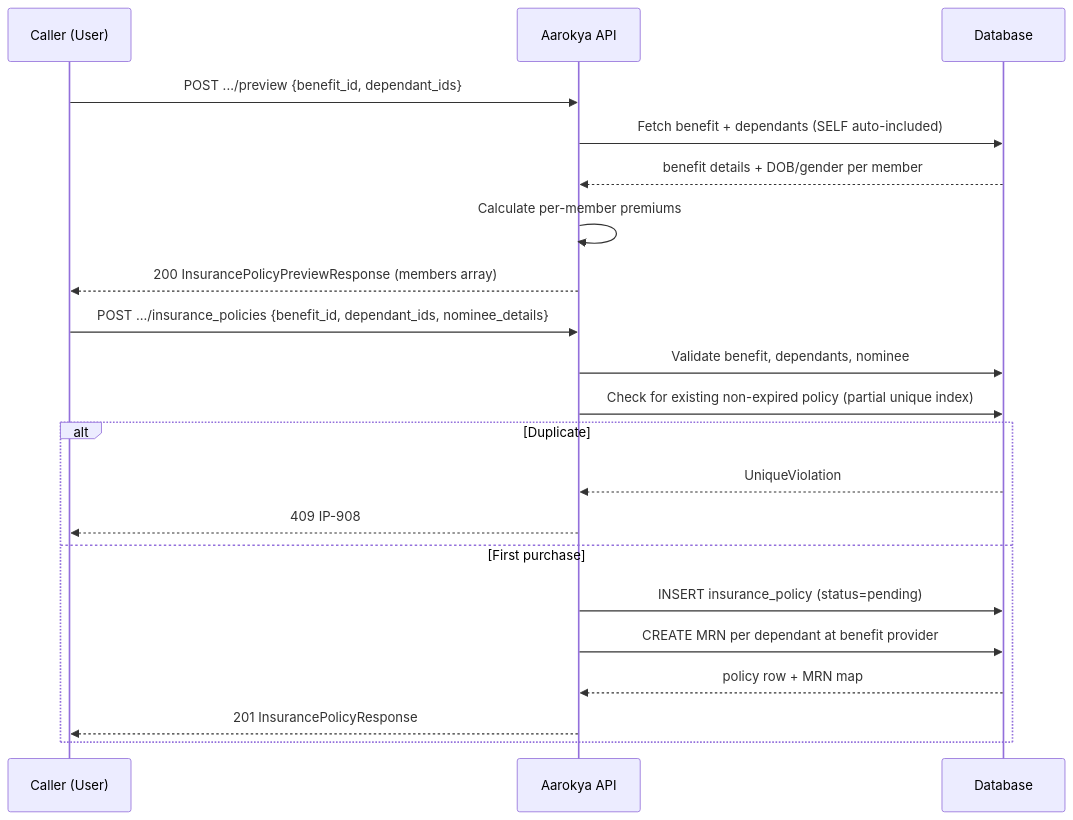
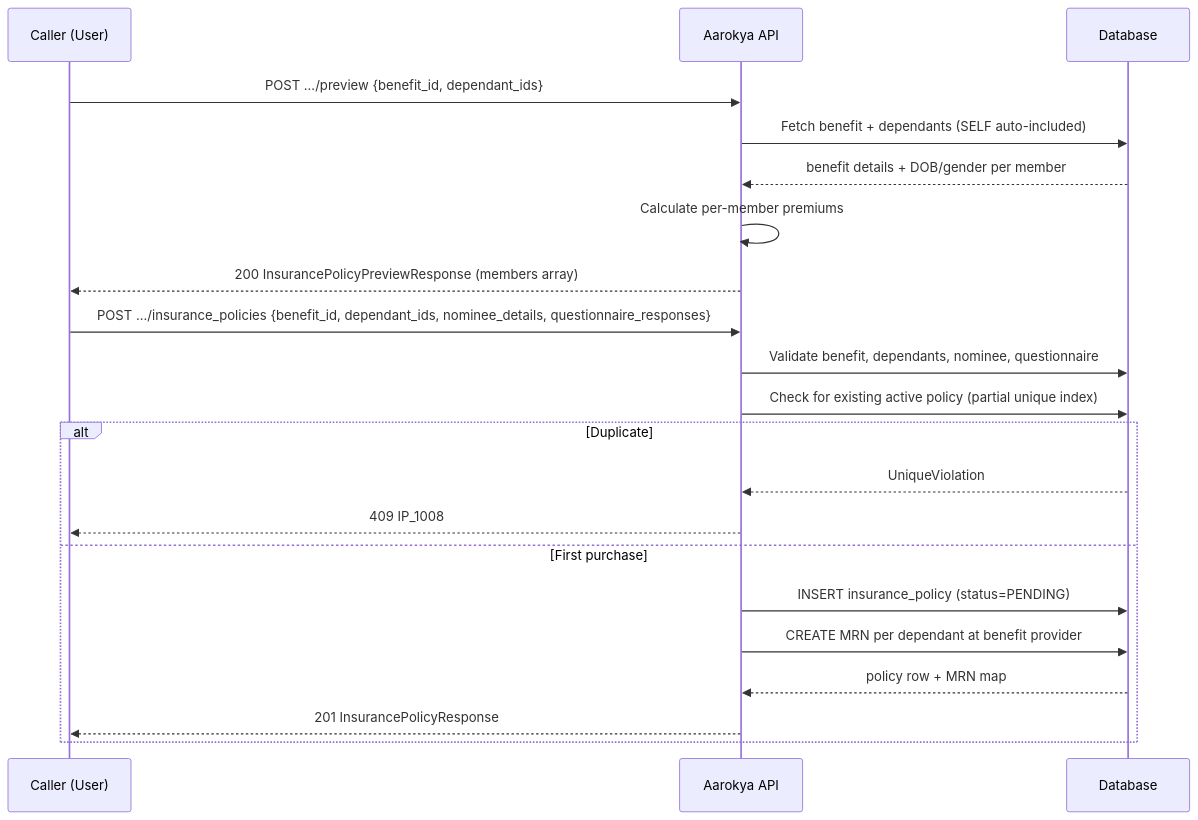
One commit to anu19981/aarokya-backend changed the first of 3 diagrams in api-reference/modules/insurance_policy.mdx. Above: the diagram before and after it, drawn with Mermaid. The commit also changed other lines of this file and 82 other files, not shown here.

````diff
--- a/api-reference/modules/insurance_policy.mdx
+++ b/api-reference/modules/insurance_policy.mdx
@@ -29,25 +30,25 @@
 ```mermaid
 sequenceDiagram
     participant C as Caller (User)
     participant API as Aarokya API
     participant DB as Database
 
     C->>API: POST .../preview {benefit_id, dependant_ids}
     API->>DB: Fetch benefit + dependants (SELF auto-included)
     DB-->>API: benefit details + DOB/gender per member
     API->>API: Calculate per-member premiums
     API-->>C: 200 InsurancePolicyPreviewResponse (members array)
 
-    C->>API: POST .../insurance_policies {benefit_id, dependant_ids, nominee_details}
-    API->>DB: Validate benefit, dependants, nominee
-    API->>DB: Check for existing non-expired policy (partial unique index)
+    C->>API: POST .../insurance_policies {benefit_id, dependant_ids, nominee_details, questionnaire_responses}
+    API->>DB: Validate benefit, dependants, nominee, questionnaire
+    API->>DB: Check for existing active policy (partial unique index)
     alt Duplicate
         DB-->>API: UniqueViolation
-        API-->>C: 409 IP-908
+        API-->>C: 409 IP_1008
     else First purchase
-        API->>DB: INSERT insurance_policy (status=pending)
+        API->>DB: INSERT insurance_policy (status=PENDING)
         API->>DB: CREATE MRN per dependant at benefit provider
         DB-->>API: policy row + MRN map
         API-->>C: 201 InsurancePolicyResponse
     end
 ```
````
